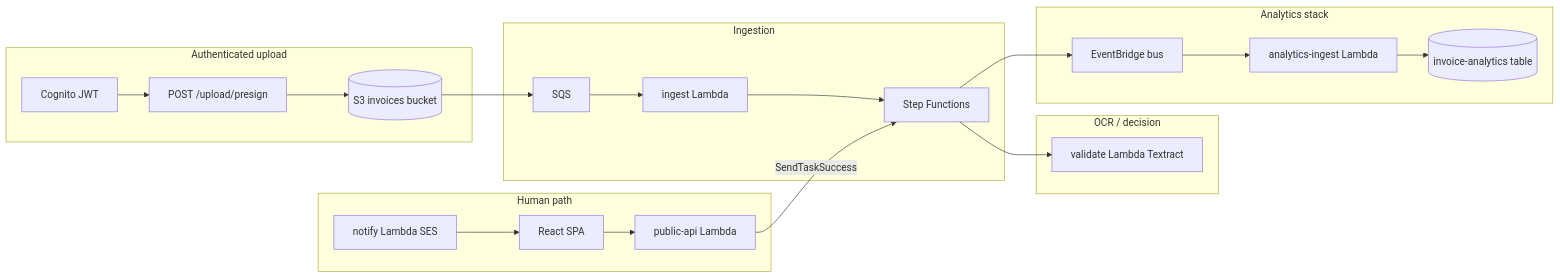
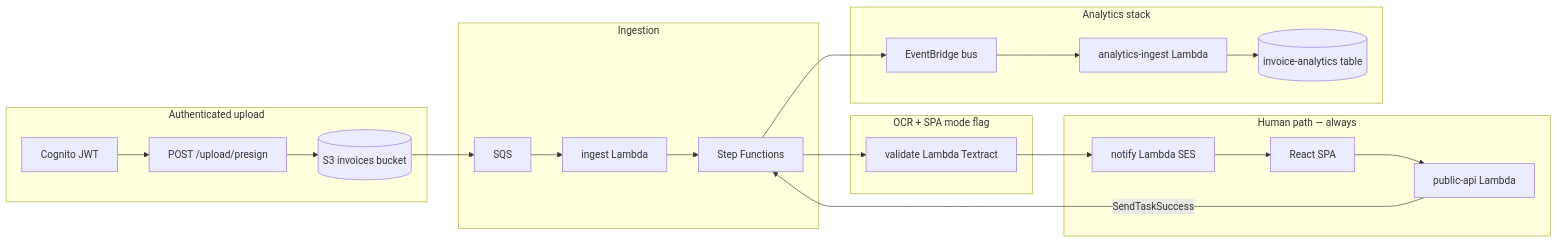
The diagram in README-dev.md (gitmaz/aws_cdk_invoice_processing_and_approval), drawn with Mermaid before and after one commit. The commit also changed other lines of this file and 11 other files, not shown here.

First line of the commit message:
Always require human approve/reject; OCR threshold only toggles SPA verification mode

````diff
--- a/README-dev.md
+++ b/README-dev.md
@@ -93,34 +94,35 @@
 ```mermaid
 flowchart LR
   subgraph upload [Authenticated upload]
     C[Cognito JWT]
     P[POST /upload/presign]
     S3[(S3 invoices bucket)]
     C --> P --> S3
   end
   subgraph ingest [Ingestion]
     Q[SQS]
     L[ingest Lambda]
     SFN[Step Functions]
     S3 --> Q --> L --> SFN
   end
-  subgraph ocr [OCR / decision]
+  subgraph ocr [OCR + SPA mode flag]
     V[validate Lambda Textract]
-    SFN --> V
   end
-  subgraph human [Human path]
+  subgraph human [Human path — always]
     N[notify Lambda SES]
     SP[React SPA]
     API[public-api Lambda]
     N --> SP
     SP --> API
     API -->|SendTaskSuccess| SFN
   end
   subgraph analytics [Analytics stack]
     EB[EventBridge bus]
     AN[analytics-ingest Lambda]
     DBA[(invoice-analytics table)]
     EB --> AN --> DBA
   end
   SFN --> EB
+  SFN --> V
+  V --> N
 ```
````
